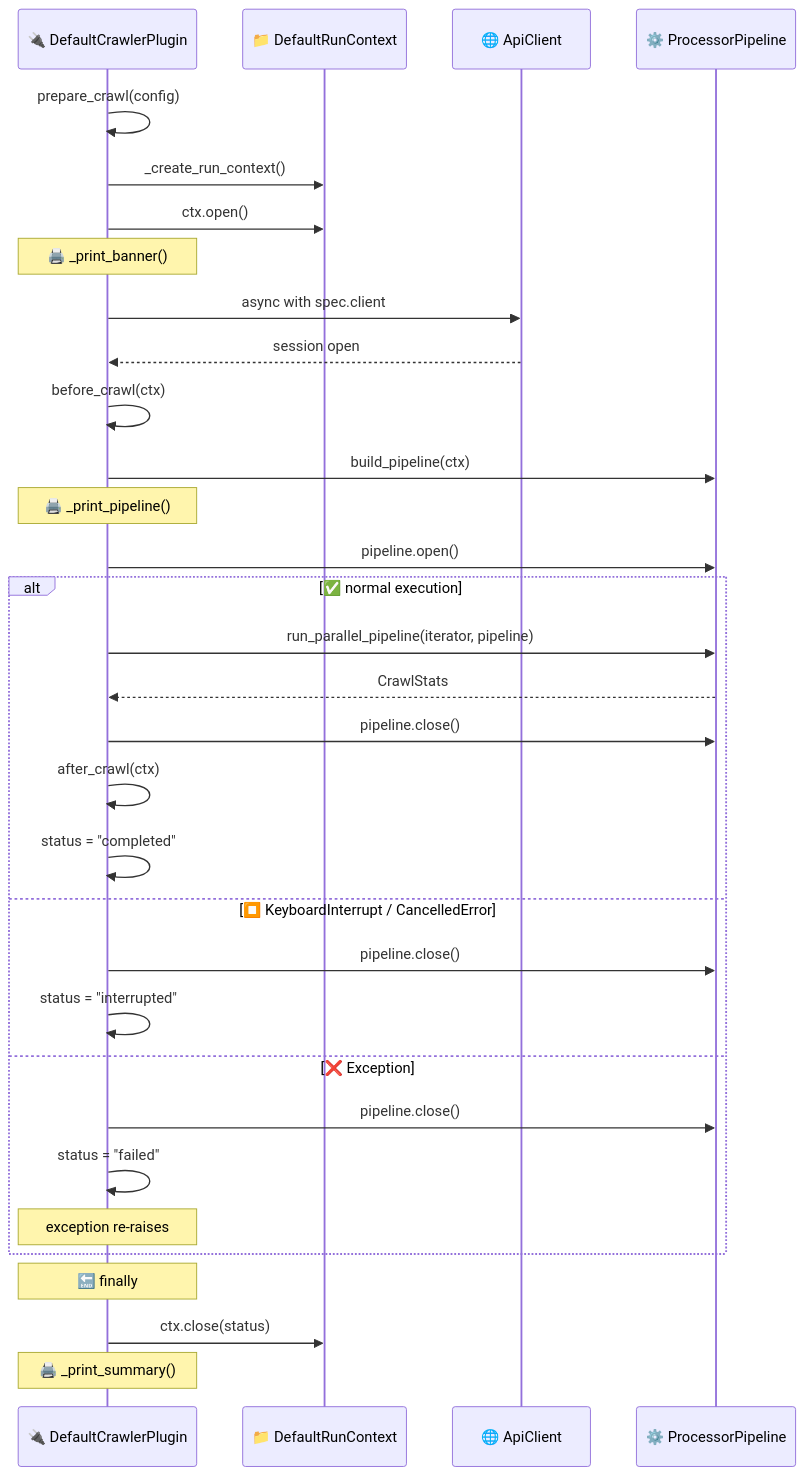
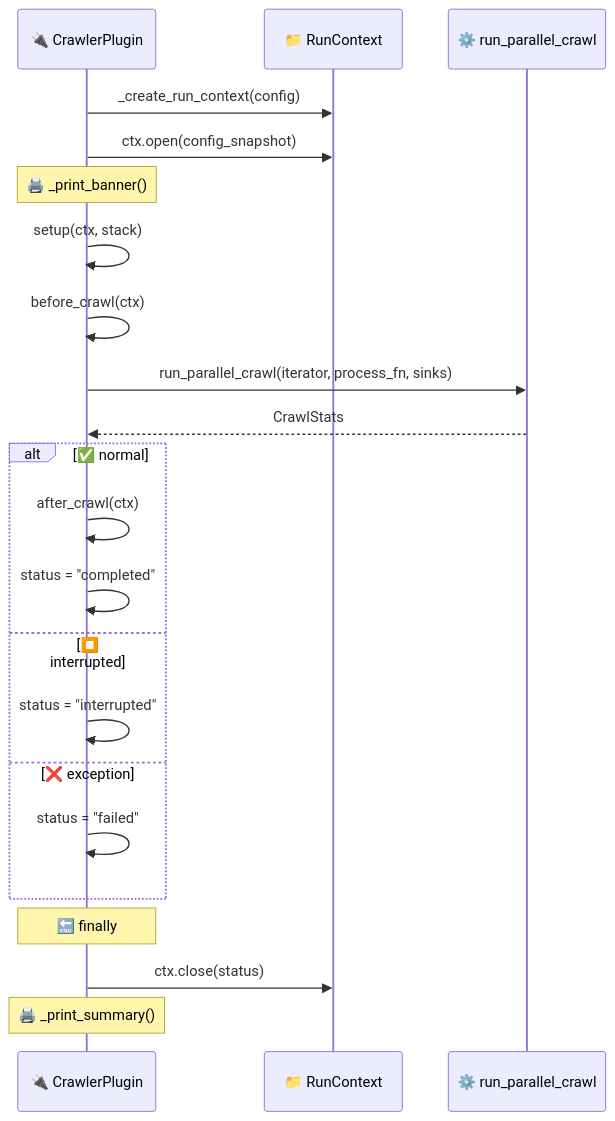
The third of 4 diagrams in docs/crawlers/arch/plugin-system.md (bergamote156/repository-crawlers), drawn with Mermaid before and after one commit. The commit also changed other lines of this file and 7 other files, not shown here.

````diff
--- a/docs/crawlers/arch/plugin-system.md
+++ b/docs/crawlers/arch/plugin-system.md
@@ -278,39 +383,29 @@
 ```mermaid
 sequenceDiagram
-    participant P as 🔌 DefaultCrawlerPlugin
-    participant CTX as 📁 DefaultRunContext
-    participant C as 🌐 ApiClient
-    participant PL as ⚙️ ProcessorPipeline
+    participant P as 🔌 CrawlerPlugin
+    participant CTX as 📁 RunContext
+    participant R as ⚙️ run_parallel_crawl
 
-    P->>P: prepare_crawl(config)
-    P->>CTX: _create_run_context()
-    P->>CTX: ctx.open()
+    P->>CTX: _create_run_context(config)
+    P->>CTX: ctx.open(config_snapshot)
     Note over P: 🖨️ _print_banner()
 
-    P->>C: async with spec.client
-    C-->>P: session open
+    P->>P: setup(ctx, stack)
+    P->>P: before_crawl(ctx)
 
-    P->>P: before_crawl(ctx)
-    P->>PL: build_pipeline(ctx)
-    Note over P: 🖨️ _print_pipeline()
-    P->>PL: pipeline.open()
+    P->>R: run_parallel_crawl(iterator, process_fn, sinks)
+    R-->>P: CrawlStats
 
-    alt ✅ normal execution
-        P->>PL: run_parallel_pipeline(iterator, pipeline)
-        PL-->>P: CrawlStats
-        P->>PL: pipeline.close()
+    alt ✅ normal
         P->>P: after_crawl(ctx)
         P->>P: status = "completed"
-    else ⏹️ KeyboardInterrupt / CancelledError
-        P->>PL: pipeline.close()
+    else ⏹️ interrupted
         P->>P: status = "interrupted"
-    else ❌ Exception
-        P->>PL: pipeline.close()
+    else ❌ exception
         P->>P: status = "failed"
-        Note over P: exception re-raises
     end
 
     Note over P: 🔚 finally
     P->>CTX: ctx.close(status)
     Note over P: 🖨️ _print_summary()
 ```
````
